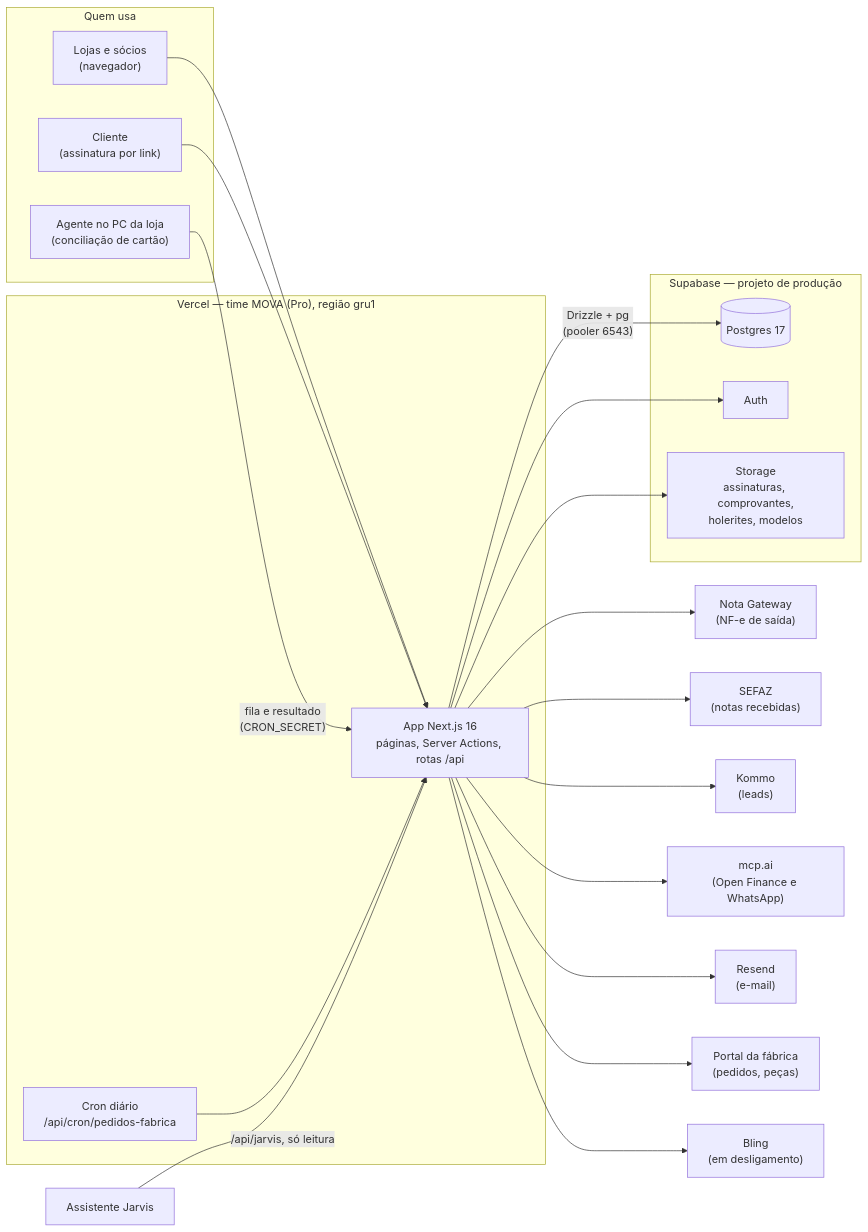
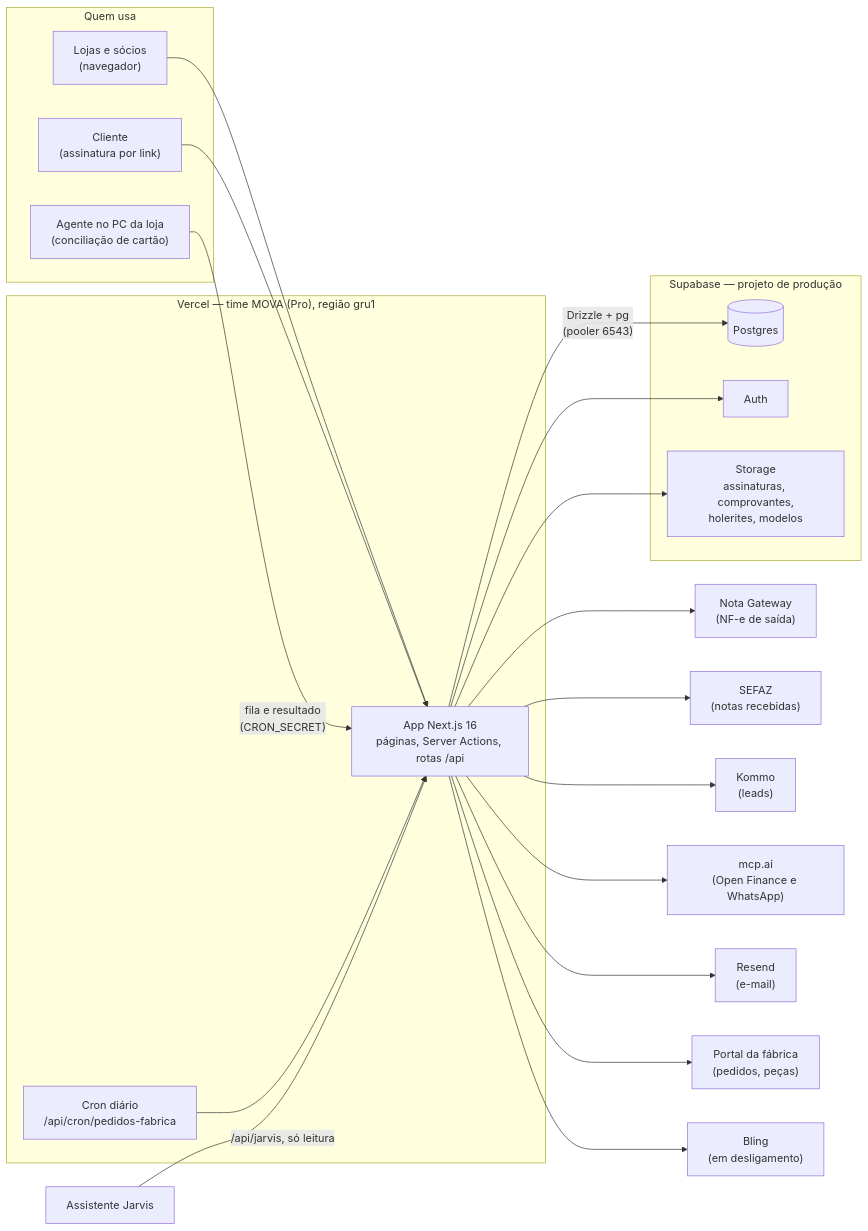
One commit to Meu-mova/moto-chefe changed the diagram in docs/arquitetura.md. Above: the diagram before and after it, drawn with Mermaid. The commit also changed other lines of this file, not shown here.

Commit message:
docs: address review on architecture overview

````diff
--- a/docs/arquitetura.md
+++ b/docs/arquitetura.md
@@ -9,36 +9,36 @@
 ```mermaid
 flowchart LR
   subgraph Usuarios["Quem usa"]
     Loja["Lojas e sócios<br/>(navegador)"]
     Cliente["Cliente<br/>(assinatura por link)"]
     Agente["Agente no PC da loja<br/>(conciliação de cartão)"]
   end
 
   subgraph Vercel["Vercel — time MOVA (Pro), região gru1"]
     App["App Next.js 16<br/>páginas, Server Actions, rotas /api"]
     Cron["Cron diário<br/>/api/cron/pedidos-fabrica"]
   end
 
   subgraph Supabase["Supabase — projeto de produção"]
-    DB[("Postgres 17")]
+    DB[("Postgres")]
     Auth["Auth"]
     Storage["Storage<br/>assinaturas, comprovantes,<br/>holerites, modelos"]
   end
 
   Loja --> App
   Cliente --> App
   Agente -->|"fila e resultado<br/>(CRON_SECRET)"| App
   Cron --> App
   App -->|"Drizzle + pg<br/>(pooler 6543)"| DB
   App --> Auth
   App --> Storage
 
   App --> NG["Nota Gateway<br/>(NF-e de saída)"]
   App --> SEFAZ["SEFAZ<br/>(notas recebidas)"]
   App --> Kommo["Kommo<br/>(leads)"]
   App --> MCPAI["mcp.ai<br/>(Open Finance e WhatsApp)"]
   App --> Resend["Resend<br/>(e-mail)"]
   App --> Fabrica["Portal da fábrica<br/>(pedidos, peças)"]
   App --> Bling["Bling<br/>(em desligamento)"]
   Jarvis["Assistente Jarvis"] -->|"/api/jarvis, só leitura"| App
 ```
````
